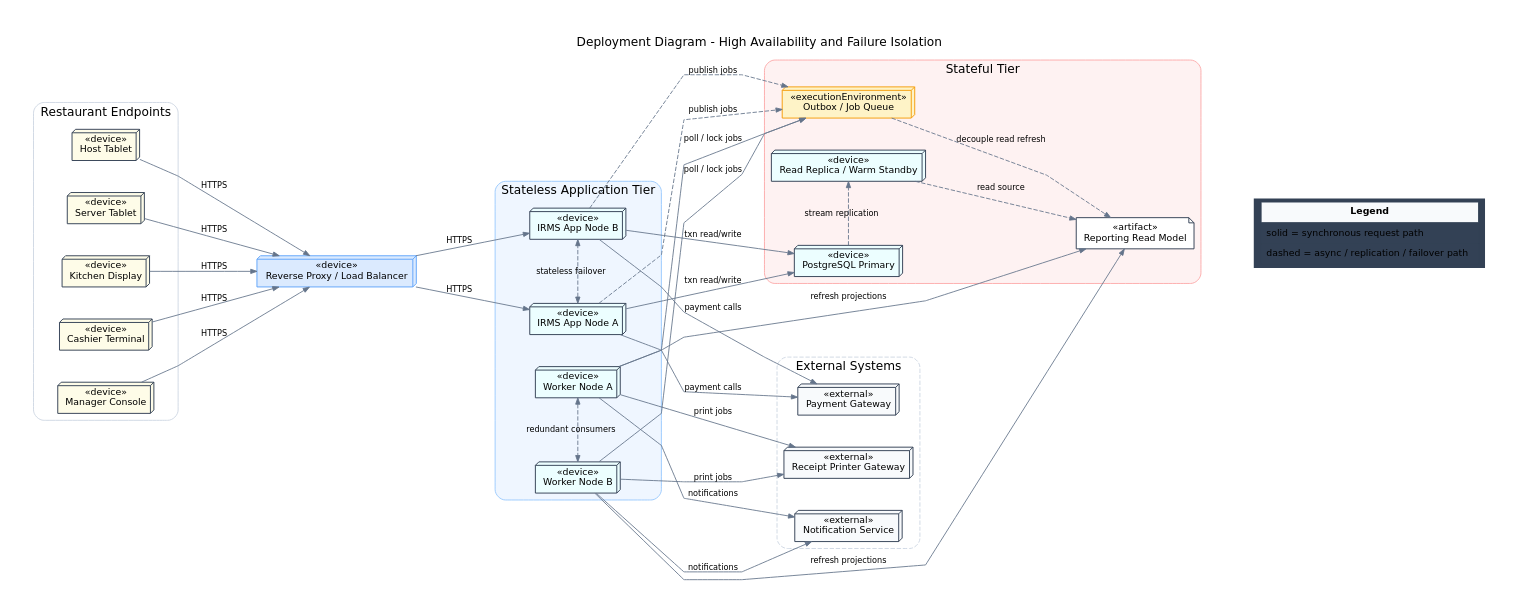
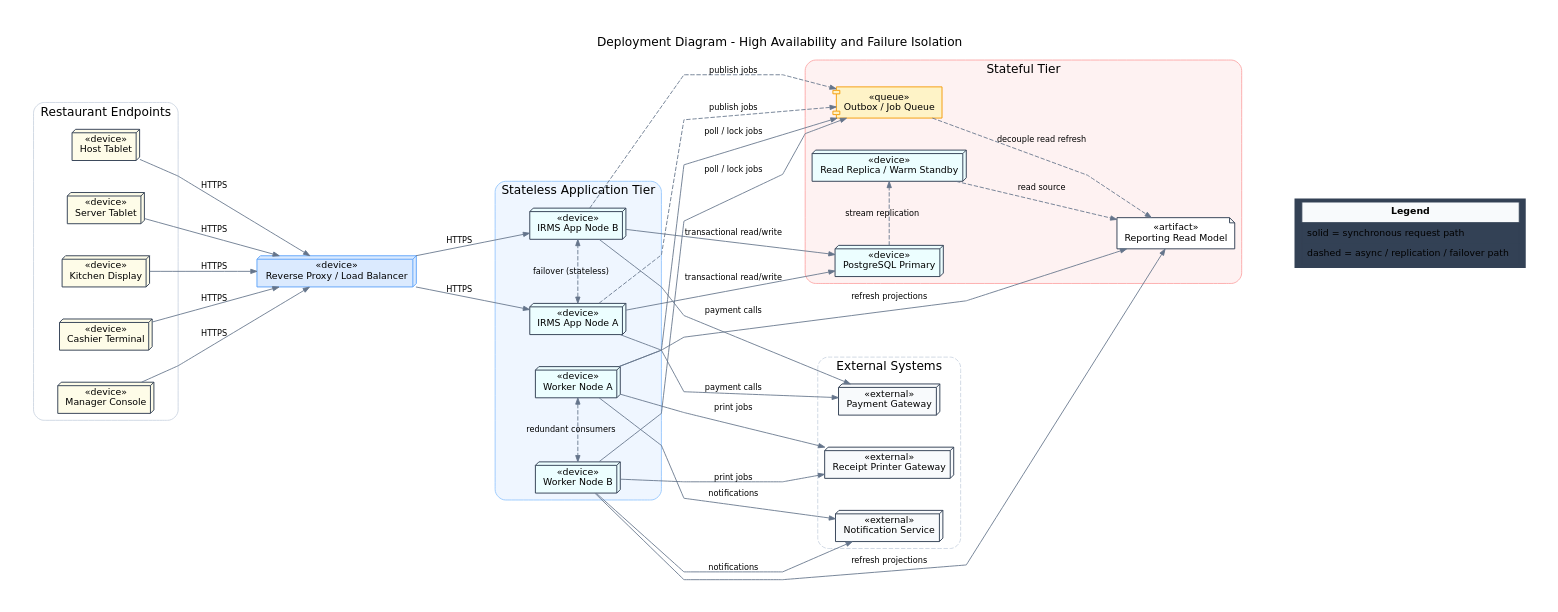
Before and after one commit to lehoangluan1/SA_IRMS: the diagram in assets/diagrams/source/architecture/32_deployment_diagram_high_availability_and_failure_isolation.dot, drawn with Graphviz. The commit also changed 3 other files, not shown here.

```diff
--- a/assets/diagrams/source/architecture/32_deployment_diagram_high_availability_and_failure_isolation.dot
+++ b/assets/diagrams/source/architecture/32_deployment_diagram_high_availability_and_failure_isolation.dot
@@ -13,41 +13,94 @@
     label="Deployment Diagram - High Availability and Failure Isolation"
   ];
 
-  node [fontname="DejaVu Sans", fontsize=10.8, color="#334155", penwidth=1.1, style="filled"];
-  edge [fontname="DejaVu Sans", fontsize=9.4, color="#64748B", penwidth=1.0, arrowsize=0.72];
+  node [
+    fontname="DejaVu Sans",
+    fontsize=10.8,
+    color="#334155",
+    penwidth=1.1,
+    style="filled"
+  ];
+
+  edge [
+    fontname="DejaVu Sans",
+    fontsize=9.4,
+    color="#64748B",
+    penwidth=1.0,
+    arrowsize=0.72
+  ];
 
   subgraph cluster_clients {
     label="Restaurant Endpoints";
     color="#CBD5E1";
     style="rounded";
-    host [shape=box3d, fillcolor="#FEFCE8", label="«device»
-Host Tablet"];
-    server [shape=box3d, fillcolor="#FEFCE8", label="«device»
-Server Tablet"];
-    kitchen [shape=box3d, fillcolor="#FEFCE8", label="«device»
-Kitchen Display"];
-    cashier [shape=box3d, fillcolor="#FEFCE8", label="«device»
-Cashier Terminal"];
-    manager [shape=box3d, fillcolor="#FEFCE8", label="«device»
-Manager Console"];
+
+    host [
+      shape=box3d,
+      fillcolor="#FEFCE8",
+      label="«device»\nHost Tablet"
+    ];
+
+    server [
+      shape=box3d,
+      fillcolor="#FEFCE8",
+      label="«device»\nServer Tablet"
+    ];
+
+    kitchen [
+      shape=box3d,
+      fillcolor="#FEFCE8",
+      label="«device»\nKitchen Display"
+    ];
+
+    cashier [
+      shape=box3d,
+      fillcolor="#FEFCE8",
+      label="«device»\nCashier Terminal"
+    ];
+
+    manager [
+      shape=box3d,
+      fillcolor="#FEFCE8",
+      label="«device»\nManager Console"
+    ];
   }
 
-  lb [shape=box3d, fillcolor="#DBEAFE", color="#60A5FA", label="«device»
-Reverse Proxy / Load Balancer"];
+  lb [
+    shape=box3d,
+    fillcolor="#DBEAFE",
+    color="#60A5FA",
+    label="«device»\nReverse Proxy / Load Balancer"
+  ];
 
   subgraph cluster_app {
     label="Stateless Application Tier";
     color="#93C5FD";
     style="rounded,filled";
     fillcolor="#EFF6FF";
-    appA [shape=box3d, fillcolor="#ECFEFF", label="«device»
-IRMS App Node A"];
-    appB [shape=box3d, fillcolor="#ECFEFF", label="«device»
-IRMS App Node B"];
-    workerA [shape=box3d, fillcolor="#ECFEFF", label="«device»
-Worker Node A"];
-    workerB [shape=box3d, fillcolor="#ECFEFF", label="«device»
-Worker Node B"];
+
+    appA [
+      shape=box3d,
+      fillcolor="#ECFEFF",
+      label="«device»\nIRMS App Node A"
+    ];
+
+    appB [
+      shape=box3d,
+      fillcolor="#ECFEFF",
+      label="«device»\nIRMS App Node B"
+    ];
+
+    workerA [
+      shape=box3d,
+      fillcolor="#ECFEFF",
+      label="«device»\nWorker Node A"
+    ];
+
+    workerB [
+      shape=box3d,
+      fillcolor="#ECFEFF",
+      label="«device»\nWorker Node B"
+    ];
   }
 
   subgraph cluster_state {
@@ -55,26 +108,55 @@
     color="#FCA5A5";
     style="rounded,filled";
     fillcolor="#FEF2F2";
-    queue [shape=box3d, fillcolor="#FEF3C7", color="#F59E0B", label="«executionEnvironment»
-Outbox / Job Queue"];
-    dbPrimary [shape=box3d, fillcolor="#ECFEFF", label="«device»
-PostgreSQL Primary"];
-    dbReplica [shape=box3d, fillcolor="#ECFEFF", label="«device»
-Read Replica / Warm Standby"];
-    views [shape=note, fillcolor="#FFFFFF", label="«artifact»
-Reporting Read Model"];
+
+    queue [
+      shape=component,
+      fillcolor="#FEF3C7",
+      color="#F59E0B",
+      label="«queue»\nOutbox / Job Queue"
+    ];
+
+    dbPrimary [
+      shape=box3d,
+      fillcolor="#ECFEFF",
+      label="«device»\nPostgreSQL Primary"
+    ];
+
+    dbReplica [
+      shape=box3d,
+      fillcolor="#ECFEFF",
+      label="«device»\nRead Replica / Warm Standby"
+    ];
+
+    views [
+      shape=note,
+      fillcolor="#FFFFFF",
+      label="«artifact»\nReporting Read Model"
+    ];
   }
 
   subgraph cluster_ext {
     label="External Systems";
     color="#CBD5E1";
     style="rounded,dashed";
-    pay [shape=box3d, fillcolor="#F8FAFC", label="«external»
-Payment Gateway"];
-    notif [shape=box3d, fillcolor="#F8FAFC", label="«external»
-Notification Service"];
-    printer [shape=box3d, fillcolor="#F8FAFC", label="«external»
-Receipt Printer Gateway"];
+
+    pay [
+      shape=box3d,
+      fillcolor="#F8FAFC",
+      label="«external»\nPayment Gateway"
+    ];
+
+    notif [
+      shape=box3d,
+      fillcolor="#F8FAFC",
+      label="«external»\nNotification Service"
+    ];
+
+    printer [
+      shape=box3d,
+      fillcolor="#F8FAFC",
+      label="«external»\nReceipt Printer Gateway"
+    ];
   }
 
   legend [shape=plaintext, label=<
@@ -90,8 +172,8 @@
   { rank=same; workerA; workerB; }
   { rank=same; dbPrimary; dbReplica; }
 
-  host -> lb [label="HTTPS"];
-  server -> lb [label="HTTPS"];
+  host    -> lb [label="HTTPS"];
+  server  -> lb [label="HTTPS"];
   kitchen -> lb [label="HTTPS"];
   cashier -> lb [label="HTTPS"];
   manager -> lb [label="HTTPS"];
@@ -99,12 +181,14 @@
   lb -> appA [label="HTTPS"];
   lb -> appB [label="HTTPS"];
 
-  appA -> dbPrimary [label="txn read/write"];
-  appB -> dbPrimary [label="txn read/write"];
+  appA -> dbPrimary [label="transactional read/write"];
+  appB -> dbPrimary [label="transactional read/write"];
+
   dbPrimary -> dbReplica [style=dashed, label="stream replication"];
 
   appA -> queue [style=dashed, label="publish jobs"];
   appB -> queue [style=dashed, label="publish jobs"];
+
   workerA -> queue [label="poll / lock jobs"];
   workerB -> queue [label="poll / lock jobs"];
 
@@ -115,12 +199,14 @@
 
   appA -> pay [label="payment calls"];
   appB -> pay [label="payment calls"];
+
   workerA -> notif [label="notifications"];
   workerB -> notif [label="notifications"];
+
   workerA -> printer [label="print jobs"];
   workerB -> printer [label="print jobs"];
 
-  appA -> appB [style=dashed, dir=both, label="stateless failover"];
+  appA -> appB [style=dashed, dir=both, label="failover (stateless)"];
   workerA -> workerB [style=dashed, dir=both, label="redundant consumers"];
 
   views -> legend [style=invis];
```
